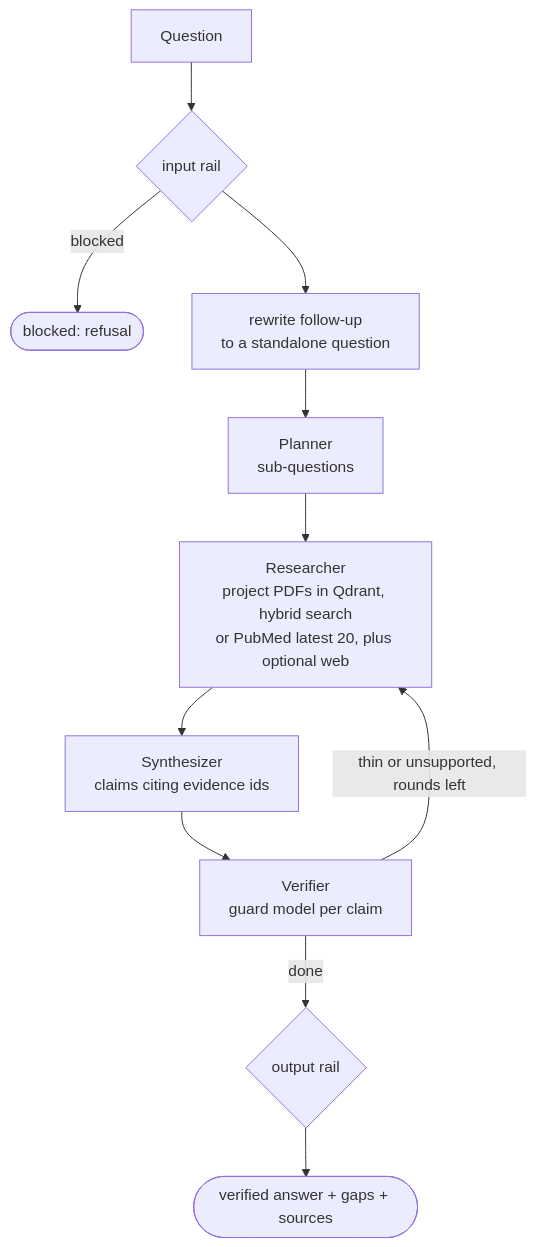
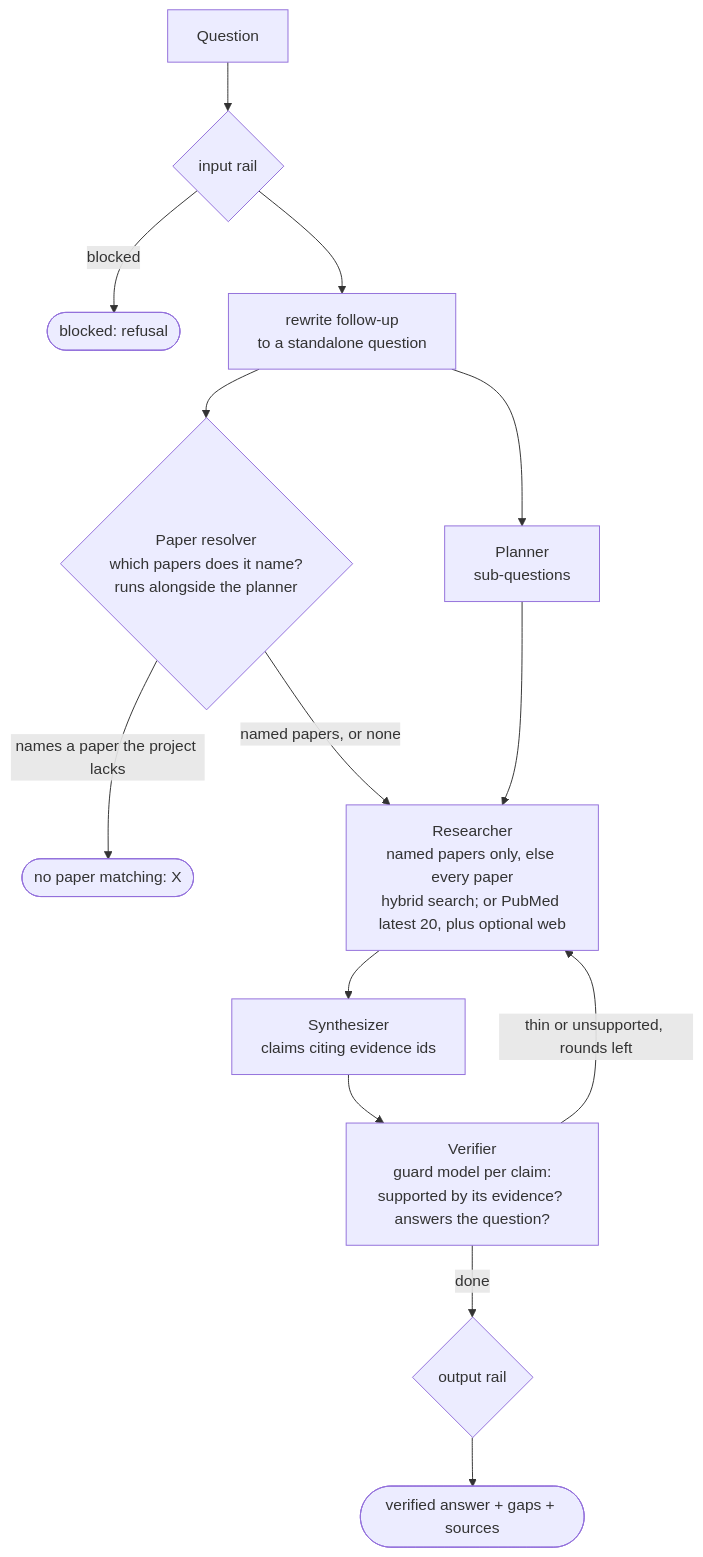
One commit to shivamteotia/DeepDive changed the fourth of 5 diagrams in README.md. Above: the diagram before and after it, drawn with Mermaid. The commit also changed other lines of this file and 1 other file, not shown here.

Commit message:
README/CLAUDE.md: paper resolver, question-aware verifier, golden v2 results

````diff
--- a/README.md
+++ b/README.md
@@ -190,13 +190,16 @@
 ```mermaid
 flowchart TD
     Q[Question] --> GI{input rail}
     GI -->|blocked| B([blocked: refusal])
     GI --> RW[rewrite follow-up<br/>to a standalone question]
     RW --> P[Planner<br/>sub-questions]
-    P --> S[Researcher<br/>project PDFs in Qdrant, hybrid search<br/>or PubMed latest 20, plus optional web]
+    RW --> R{Paper resolver<br/>which papers does it name?<br/>runs alongside the planner}
+    R -->|names a paper the project lacks| N([no paper matching: X])
+    R -->|named papers, or none| S
+    P --> S[Researcher<br/>named papers only, else every paper<br/>hybrid search; or PubMed latest 20, plus optional web]
     S --> A[Synthesizer<br/>claims citing evidence ids]
-    A --> V[Verifier<br/>guard model per claim]
+    A --> V[Verifier<br/>guard model per claim:<br/>supported by its evidence? answers the question?]
     V -->|thin or unsupported, rounds left| S
     V -->|done| GO{output rail}
     GO --> F([verified answer + gaps + sources])
 ```
````
